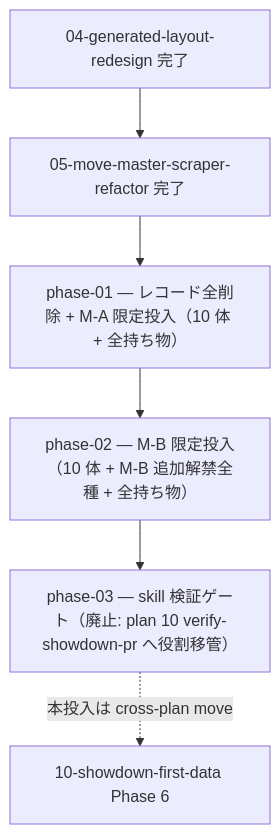
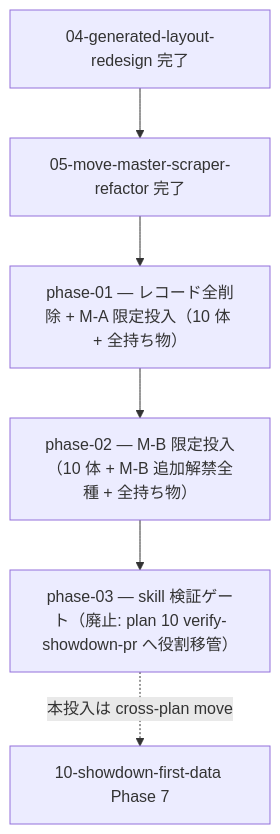
One commit to subroh0508/pokeform changed the diagram in docs/roadmap/completed/09-champions-data-rollout/README.md. Above: the diagram before and after it, drawn with Mermaid. The commit also changed other lines of this file and 11 other files, not shown here.

First line of the commit message:
docs(roadmap): plan 10 に静的データ著述 skill phase を挿入（旧 Phase 6 → 7 renumber）

````diff
--- a/docs/roadmap/completed/09-champions-data-rollout/README.md
+++ b/docs/roadmap/completed/09-champions-data-rollout/README.md
@@ -17,8 +17,8 @@
 ```mermaid
 flowchart TD
     P04[04-generated-layout-redesign 完了] --> P05[05-move-master-scraper-refactor 完了]
     P05 --> P1[phase-01 — レコード全削除 + M-A 限定投入（10 体 + 全持ち物）]
     P1 --> P2[phase-02 — M-B 限定投入（10 体 + M-B 追加解禁全種 + 全持ち物）]
     P2 --> P3[phase-03 — skill 検証ゲート（廃止: plan 10 verify-showdown-pr へ役割移管）]
-    P3 -.->|本投入は cross-plan move| P10[10-showdown-first-data Phase 6]
+    P3 -.->|本投入は cross-plan move| P10[10-showdown-first-data Phase 7]
 ```
````
